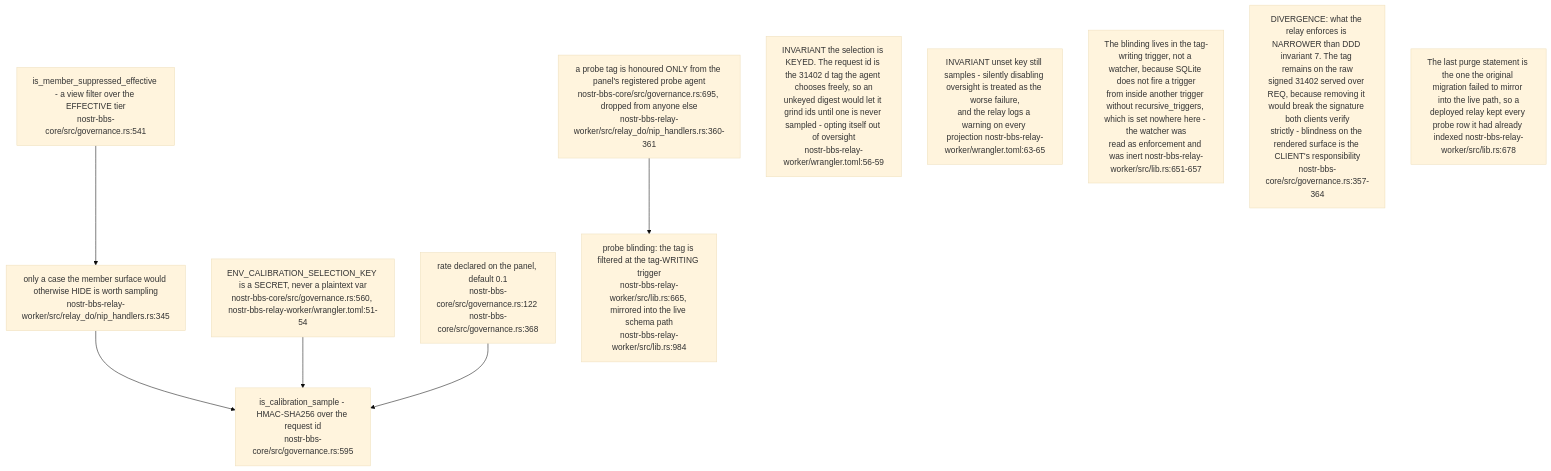
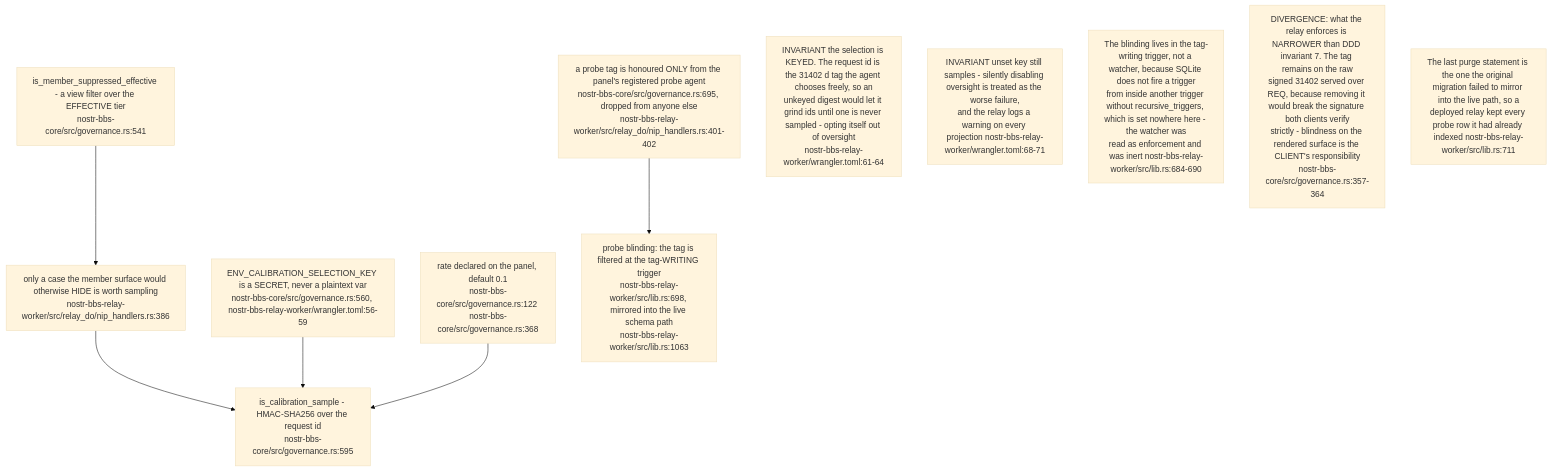
Before and after one commit to DreamLab-AI/VisionFlow: diagram 12 of 17 in docs/diagrams/nostr-rust-forum/06-agent-control-surface-31400-31405.md, drawn with Mermaid (base theme). The commit also changed other lines of this file and 160 other files, not shown here.

````diff
--- a/docs/diagrams/nostr-rust-forum/06-agent-control-surface-31400-31405.md
+++ b/docs/diagrams/nostr-rust-forum/06-agent-control-surface-31400-31405.md
@@ -340,21 +355,21 @@
 ```mermaid
 flowchart TB
     SUP["is_member_suppressed_effective - a view filter over the EFFECTIVE tier<br/>nostr-bbs-core/src/governance.rs:541"]
-    ONLY["only a case the member surface would otherwise HIDE is worth sampling<br/>nostr-bbs-relay-worker/src/relay_do/nip_handlers.rs:345"]
+    ONLY["only a case the member surface would otherwise HIDE is worth sampling<br/>nostr-bbs-relay-worker/src/relay_do/nip_handlers.rs:386"]
     CAL["is_calibration_sample - HMAC-SHA256 over the request id<br/>nostr-bbs-core/src/governance.rs:595"]
-    KEY["ENV_CALIBRATION_SELECTION_KEY is a SECRET, never a plaintext var<br/>nostr-bbs-core/src/governance.rs:560, nostr-bbs-relay-worker/wrangler.toml:51-54"]
+    KEY["ENV_CALIBRATION_SELECTION_KEY is a SECRET, never a plaintext var<br/>nostr-bbs-core/src/governance.rs:560, nostr-bbs-relay-worker/wrangler.toml:56-59"]
     RATE["rate declared on the panel, default 0.1<br/>nostr-bbs-core/src/governance.rs:122 nostr-bbs-core/src/governance.rs:368"]
-    PROBE["a probe tag is honoured ONLY from the panel's registered probe agent<br/>nostr-bbs-core/src/governance.rs:695, dropped from anyone else<br/>nostr-bbs-relay-worker/src/relay_do/nip_handlers.rs:360-361"]
-    BLIND["probe blinding: the tag is filtered at the tag-WRITING trigger<br/>nostr-bbs-relay-worker/src/lib.rs:665, mirrored into the live schema path<br/>nostr-bbs-relay-worker/src/lib.rs:984"]
+    PROBE["a probe tag is honoured ONLY from the panel's registered probe agent<br/>nostr-bbs-core/src/governance.rs:695, dropped from anyone else<br/>nostr-bbs-relay-worker/src/relay_do/nip_handlers.rs:401-402"]
+    BLIND["probe blinding: the tag is filtered at the tag-WRITING trigger<br/>nostr-bbs-relay-worker/src/lib.rs:698, mirrored into the live schema path<br/>nostr-bbs-relay-worker/src/lib.rs:1063"]
 
     SUP --> ONLY --> CAL
     KEY --> CAL
     RATE --> CAL
     PROBE --> BLIND
 
-    N1["INVARIANT the selection is KEYED. The request id is the 31402 d tag the agent chooses freely, so an<br/>unkeyed digest would let it grind ids until one is never sampled - opting itself out of oversight<br/>nostr-bbs-relay-worker/wrangler.toml:56-59"]
-    N2["INVARIANT unset key still samples - silently disabling oversight is treated as the worse failure,<br/>and the relay logs a warning on every projection nostr-bbs-relay-worker/wrangler.toml:63-65"]
-    N3["The blinding lives in the tag-writing trigger, not a watcher, because SQLite does not fire a trigger<br/>from inside another trigger without recursive_triggers, which is set nowhere here - the watcher was<br/>read as enforcement and was inert nostr-bbs-relay-worker/src/lib.rs:651-657"]
+    N1["INVARIANT the selection is KEYED. The request id is the 31402 d tag the agent chooses freely, so an<br/>unkeyed digest would let it grind ids until one is never sampled - opting itself out of oversight<br/>nostr-bbs-relay-worker/wrangler.toml:61-64"]
+    N2["INVARIANT unset key still samples - silently disabling oversight is treated as the worse failure,<br/>and the relay logs a warning on every projection nostr-bbs-relay-worker/wrangler.toml:68-71"]
+    N3["The blinding lives in the tag-writing trigger, not a watcher, because SQLite does not fire a trigger<br/>from inside another trigger without recursive_triggers, which is set nowhere here - the watcher was<br/>read as enforcement and was inert nostr-bbs-relay-worker/src/lib.rs:684-690"]
     N4["DIVERGENCE: what the relay enforces is NARROWER than DDD invariant 7. The tag remains on the raw<br/>signed 31402 served over REQ, because removing it would break the signature both clients verify<br/>strictly - blindness on the rendered surface is the CLIENT's responsibility<br/>nostr-bbs-core/src/governance.rs:357-364"]
-    N5["The last purge statement is the one the original migration failed to mirror into the live path, so a<br/>deployed relay kept every probe row it had already indexed nostr-bbs-relay-worker/src/lib.rs:678"]
+    N5["The last purge statement is the one the original migration failed to mirror into the live path, so a<br/>deployed relay kept every probe row it had already indexed nostr-bbs-relay-worker/src/lib.rs:711"]
 ```
````
